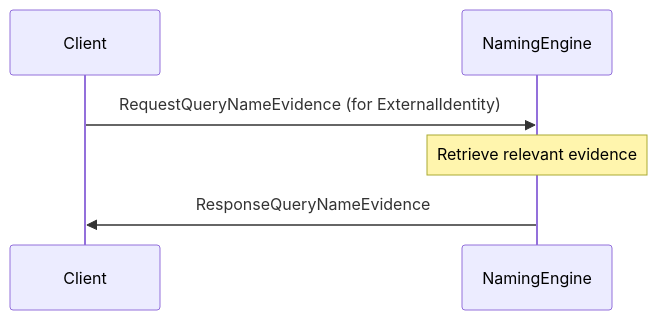
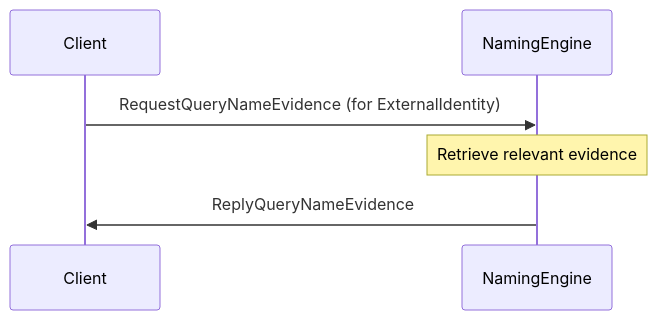
One commit to anoma/nspec changed the third of 3 diagrams in docs/arch/node/engines/naming_messages.juvix.md. Above: the diagram before and after it, drawn with Mermaid. The commit also changed other lines of this file and 37 other files, not shown here.

Commit message:
Renamed all instances of "Response" to "Reply" in message interfaces for consistency across commitment, decryption, identity management, and other engines.

````diff
--- a/docs/arch/node/engines/naming_messages.juvix.md
+++ b/docs/arch/node/engines/naming_messages.juvix.md
@@ -81,9 +81,9 @@
 ```mermaid
 sequenceDiagram
     participant Client
     participant NamingEngine
 
     Client->>NamingEngine: RequestQueryNameEvidence (for ExternalIdentity)
     Note over NamingEngine: Retrieve relevant evidence
-    NamingEngine->>Client: ResponseQueryNameEvidence
+    NamingEngine->>Client: ReplyQueryNameEvidence
 ```
````
